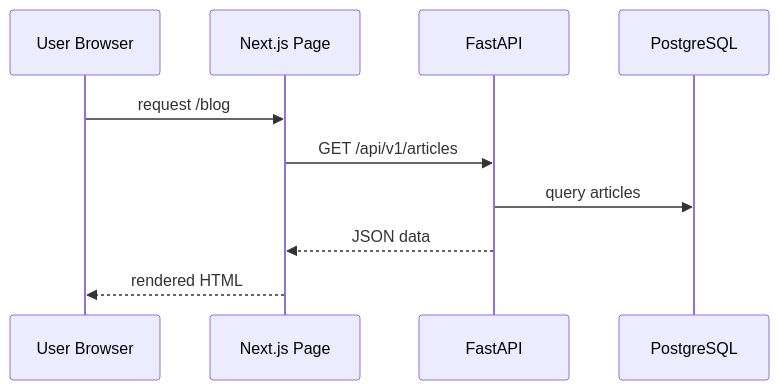
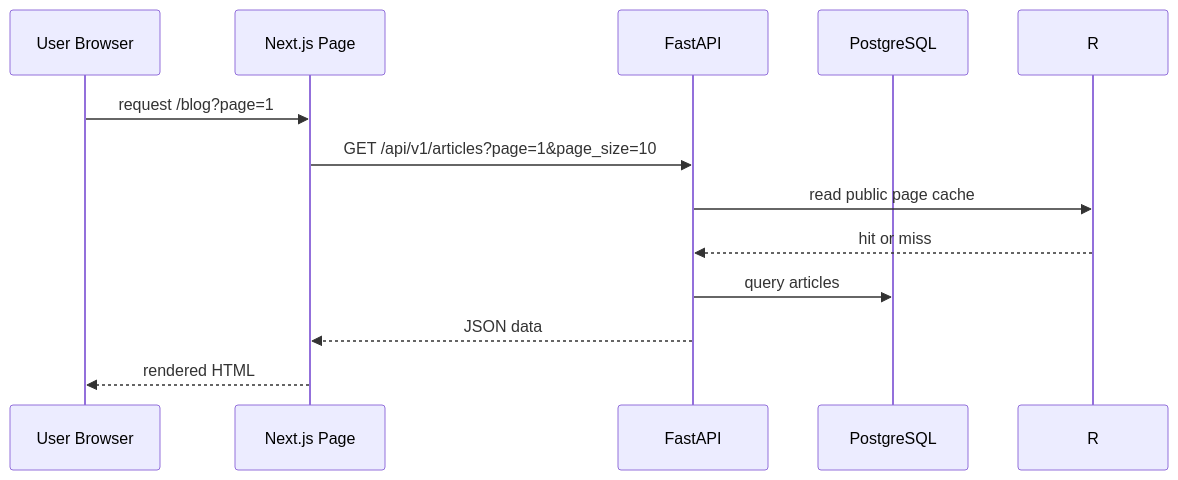
One commit to KouGyoKui1128/duole-ai-blog changed the third of 3 diagrams in docs/ARCHITECTURE.md. Above: the diagram before and after it, drawn with Mermaid. The commit also changed other lines of this file and 36 other files, not shown here.

````diff
--- a/docs/ARCHITECTURE.md
+++ b/docs/ARCHITECTURE.md
@@ -50,12 +52,14 @@
 ```mermaid
 sequenceDiagram
     participant U as User Browser
     participant N as Next.js Page
     participant API as FastAPI
     participant DB as PostgreSQL
-    U->>N: request /blog
-    N->>API: GET /api/v1/articles
+    U->>N: request /blog?page=1
+    N->>API: GET /api/v1/articles?page=1&page_size=10
+    API->>R: read public page cache
+    R-->>API: hit or miss
     API->>DB: query articles
     API-->>N: JSON data
     N-->>U: rendered HTML
 ```
````
